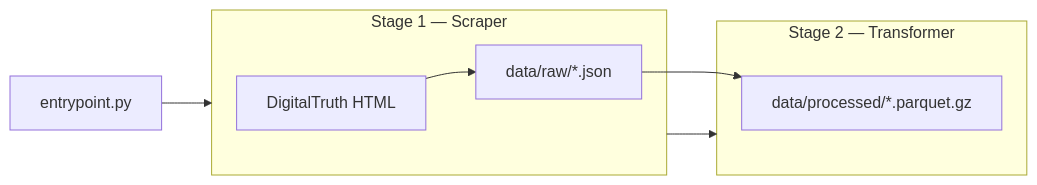
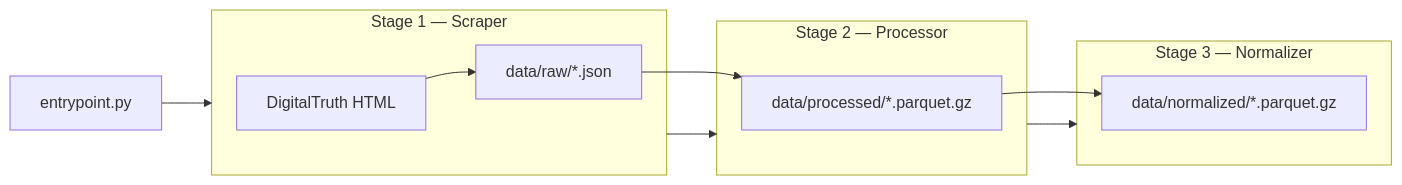
The first of 4 diagrams in docs/ARCHITECTURE.md (DanielFrc/film-developer-agent), drawn with Mermaid before and after one commit. The commit also changed other lines of this file and 60 other files, not shown here.

````diff
--- a/docs/ARCHITECTURE.md
+++ b/docs/ARCHITECTURE.md
@@ -7,16 +7,22 @@
 ```mermaid
 flowchart LR
-    subgraph scrape [Stage 1 — Scraper]
+    subgraph bronze [Stage 1 — Scraper]
         DT[DigitalTruth HTML]
         RAW[data/raw/*.json]
         DT --> RAW
     end
 
-    subgraph transform [Stage 2 — Transformer]
+    subgraph silver [Stage 2 — Processor]
         PROC[data/processed/*.parquet.gz]
         RAW --> PROC
     end
 
-    EP[entrypoint.py] --> scrape
-    scrape --> transform
+    subgraph gold [Stage 3 — Normalizer]
+        NORM[data/normalized/*.parquet.gz]
+        PROC --> NORM
+    end
+
+    EP[entrypoint.py] --> bronze
+    bronze --> silver
+    silver --> gold
 ```
````
